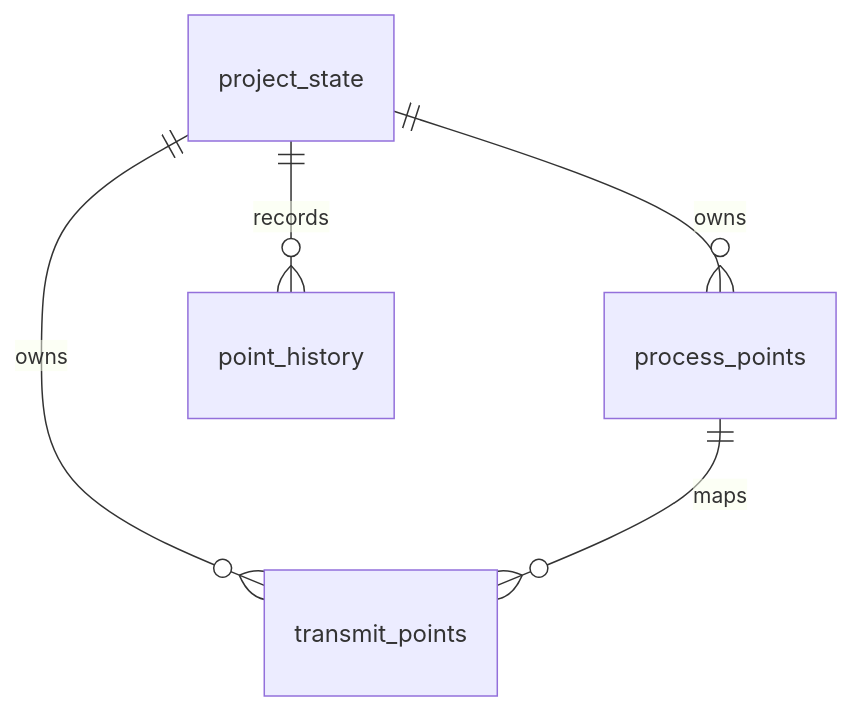
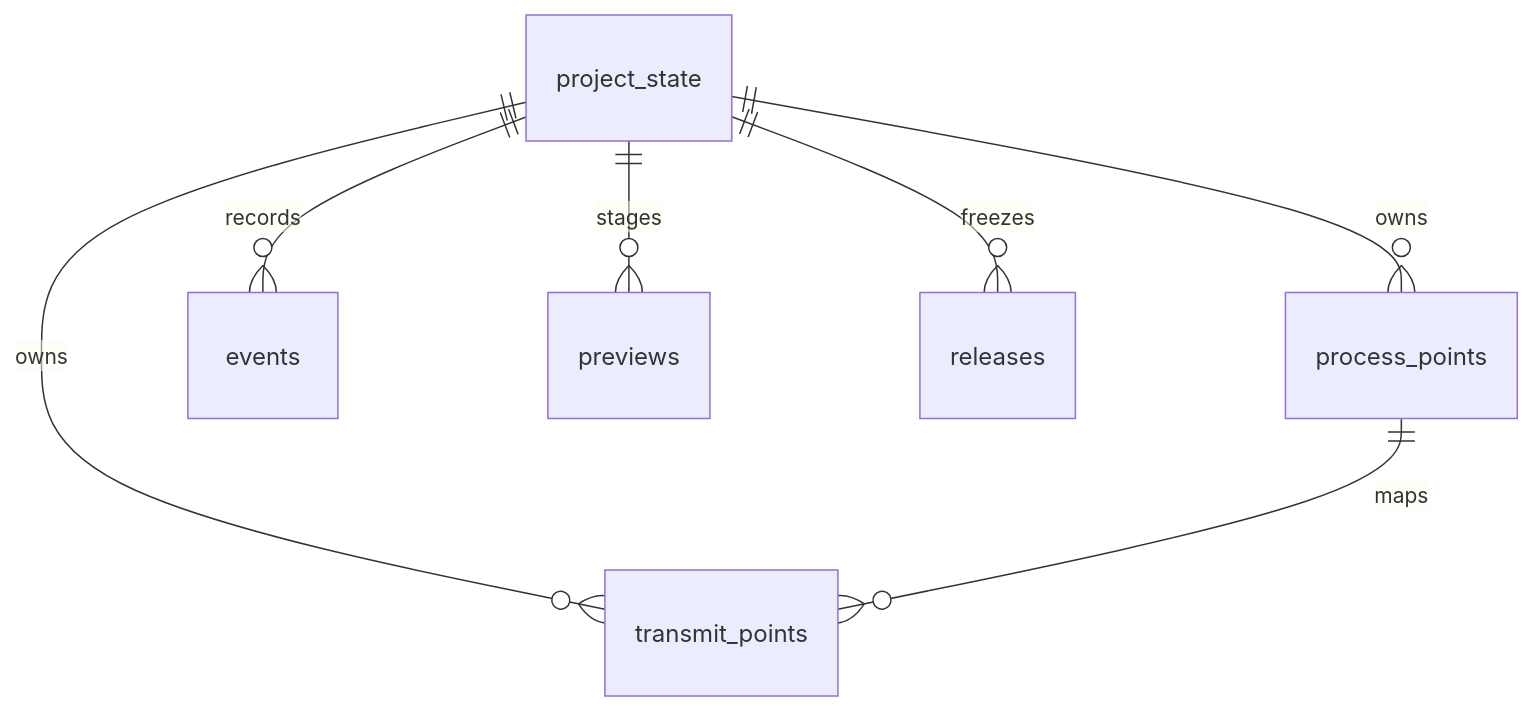
One commit to ryaaaaaan96/protocol_server changed the diagram in docs/architecture.md. Above: the diagram before and after it, drawn with Mermaid. The commit also changed other lines of this file and 29 other files, not shown here.

````diff
--- a/docs/architecture.md
+++ b/docs/architecture.md
@@ -52,7 +51,9 @@
 ```mermaid
 erDiagram
   project_state ||--o{ process_points : owns
   project_state ||--o{ transmit_points : owns
   process_points ||--o{ transmit_points : maps
-  project_state ||--o{ point_history : records
+  project_state ||--o{ events : records
+  project_state ||--o{ previews : stages
+  project_state ||--o{ releases : freezes
 ```
````
